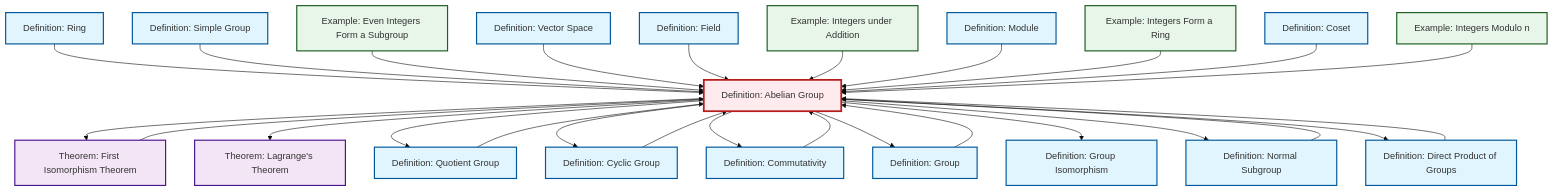
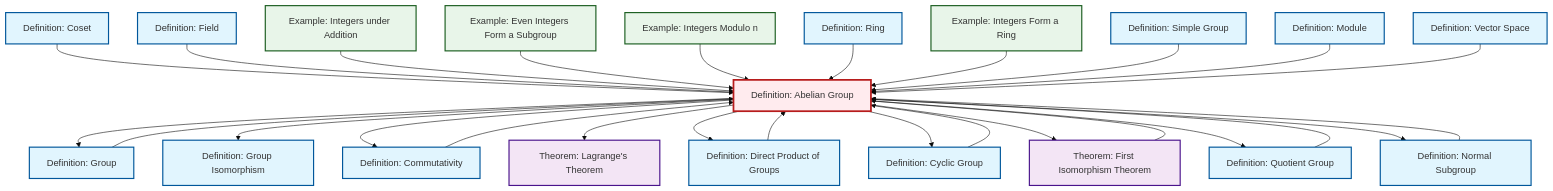
One commit to RK0429/ModernMath changed the diagram in content/ja/algebra/def-abelian-group.qmd. Above: the diagram before and after it, drawn with Mermaid (base theme). The commit also changed other lines of this file and 597 other files, not shown here.

````diff
--- a/content/ja/algebra/def-abelian-group.qmd
+++ b/content/ja/algebra/def-abelian-group.qmd
@@ -104,75 +104,75 @@
 ```{mermaid}
 %%| fig-cap: "Local dependency graph"
 graph TD
     classDef definition fill:#e1f5fe,stroke:#01579b,stroke-width:2px
     classDef theorem fill:#f3e5f5,stroke:#4a148c,stroke-width:2px
     classDef axiom fill:#fff3e0,stroke:#e65100,stroke-width:2px
     classDef example fill:#e8f5e9,stroke:#1b5e20,stroke-width:2px
     classDef current fill:#ffebee,stroke:#b71c1c,stroke-width:3px
-    def-module["Definition: Module"]:::definition
-    def-ring["Definition: Ring"]:::definition
+    ex-quotient-integers-mod-n["Example: Integers Modulo n"]:::example
+    def-normal-subgroup["Definition: Normal Subgroup"]:::definition
+    thm-first-isomorphism["Theorem: First Isomorphism Theorem"]:::theorem
+    def-direct-product["Definition: Direct Product of Groups"]:::definition
+    ex-even-integers-subgroup["Example: Even Integers Form a Subgroup"]:::example
+    def-cyclic-group["Definition: Cyclic Group"]:::definition
+    ex-integers-addition["Example: Integers under Addition"]:::example
+    def-isomorphism["Definition: Group Isomorphism"]:::definition
+    def-group["Definition: Group"]:::definition
     thm-lagrange["Theorem: Lagrange's Theorem"]:::theorem
-    def-abelian-group["Definition: Abelian Group"]:::definition
-    def-isomorphism["Definition: Group Isomorphism"]:::definition
-    def-cyclic-group["Definition: Cyclic Group"]:::definition
+    def-coset["Definition: Coset"]:::definition
     def-field["Definition: Field"]:::definition
     def-commutativity["Definition: Commutativity"]:::definition
+    def-quotient-group["Definition: Quotient Group"]:::definition
+    def-simple-group["Definition: Simple Group"]:::definition
+    def-module["Definition: Module"]:::definition
     def-vector-space["Definition: Vector Space"]:::definition
-    ex-integers-addition["Example: Integers under Addition"]:::example
-    ex-even-integers-subgroup["Example: Even Integers Form a Subgroup"]:::example
-    thm-first-isomorphism["Theorem: First Isomorphism Theorem"]:::theorem
-    def-simple-group["Definition: Simple Group"]:::definition
-    def-group["Definition: Group"]:::definition
+    def-ring["Definition: Ring"]:::definition
+    def-abelian-group["Definition: Abelian Group"]:::definition
     ex-integers-ring["Example: Integers Form a Ring"]:::example
-    def-normal-subgroup["Definition: Normal Subgroup"]:::definition
-    def-direct-product["Definition: Direct Product of Groups"]:::definition
-    def-quotient-group["Definition: Quotient Group"]:::definition
-    def-coset["Definition: Coset"]:::definition
-    ex-quotient-integers-mod-n["Example: Integers Modulo n"]:::example
-    def-ring --> def-abelian-group
-    def-abelian-group --> thm-first-isomorphism
+    def-coset --> def-abelian-group
+    def-direct-product --> def-abelian-group
+    def-abelian-group --> def-group
+    def-field --> def-abelian-group
+    ex-integers-addition --> def-abelian-group
+    ex-even-integers-subgroup --> def-abelian-group
+    def-abelian-group --> def-isomorphism
+    def-normal-subgroup --> def-abelian-group
+    def-abelian-group --> def-commutativity
     def-abelian-group --> thm-lagrange
-    def-abelian-group --> def-quotient-group
-    def-simple-group --> def-abelian-group
-    def-commutativity --> def-abelian-group
-    def-abelian-group --> def-cyclic-group
-    ex-even-integers-subgroup --> def-abelian-group
-    def-abelian-group --> def-commutativity
-    def-cyclic-group --> def-abelian-group
-    def-abelian-group --> def-group
-    def-normal-subgroup --> def-abelian-group
-    def-vector-space --> def-abelian-group
-    def-field --> def-abelian-group
-    thm-first-isomorphism --> def-abelian-group
-    ex-integers-addition --> def-abelian-group
-    def-group --> def-abelian-group
-    def-quotient-group --> def-abelian-group
-    def-abelian-group --> def-isomorphism
-    def-module --> def-abelian-group
-    ex-integers-ring --> def-abelian-group
-    def-abelian-group --> def-normal-subgroup
-    def-direct-product --> def-abelian-group
-    def-coset --> def-abelian-group
     ex-quotient-integers-mod-n --> def-abelian-group
     def-abelian-group --> def-direct-product
+    def-abelian-group --> def-cyclic-group
+    thm-first-isomorphism --> def-abelian-group
+    def-ring --> def-abelian-group
+    ex-integers-ring --> def-abelian-group
+    def-commutativity --> def-abelian-group
+    def-cyclic-group --> def-abelian-group
+    def-simple-group --> def-abelian-group
+    def-quotient-group --> def-abelian-group
+    def-abelian-group --> thm-first-isomorphism
+    def-group --> def-abelian-group
+    def-abelian-group --> def-quotient-group
+    def-module --> def-abelian-group
+    def-vector-space --> def-abelian-group
+    def-abelian-group --> def-normal-subgroup
     class def-abelian-group current
-    click def-module "def-module.html" "Definition: Moduleへ"
-    click def-ring "def-ring.html" "Definition: Ringへ"
+    click ex-quotient-integers-mod-n "ex-quotient-integers-mod-n.html" "Example: Integers Modulo nへ"
+    click def-normal-subgroup "def-normal-subgroup.html" "Definition: Normal Subgroupへ"
+    click thm-first-isomorphism "thm-first-isomorphism.html" "Theorem: First Isomorphism Theoremへ"
+    click def-direct-product "def-direct-product.html" "Definition: Direct Product of Groupsへ"
+    click ex-even-integers-subgroup "ex-even-integers-subgroup.html" "Example: Even Integers Form a Subgroupへ"
+    click def-cyclic-group "def-cyclic-group.html" "Definition: Cyclic Groupへ"
+    click ex-integers-addition "ex-integers-addition.html" "Example: Integers under Additionへ"
+    click def-isomorphism "def-isomorphism.html" "Definition: Group Isomorphismへ"
+    click def-group "def-group.html" "Definition: Groupへ"
     click thm-lagrange "thm-lagrange.html" "Theorem: Lagrange's Theoremへ"
-    click def-isomorphism "def-isomorphism.html" "Definition: Group Isomorphismへ"
-    click def-cyclic-group "def-cyclic-group.html" "Definition: Cyclic Groupへ"
+    click def-coset "def-coset.html" "Definition: Cosetへ"
     click def-field "def-field.html" "Definition: Fieldへ"
     click def-commutativity "def-commutativity.html" "Definition: Commutativityへ"
+    click def-quotient-group "def-quotient-group.html" "Definition: Quotient Groupへ"
+    click def-simple-group "def-simple-group.html" "Definition: Simple Groupへ"
+    click def-module "def-module.html" "Definition: Moduleへ"
     click def-vector-space "def-vector-space.html" "Definition: Vector Spaceへ"
-    click ex-integers-addition "ex-integers-addition.html" "Example: Integers under Additionへ"
-    click ex-even-integers-subgroup "ex-even-integers-subgroup.html" "Example: Even Integers Form a Subgroupへ"
-    click thm-first-isomorphism "thm-first-isomorphism.html" "Theorem: First Isomorphism Theoremへ"
-    click def-simple-group "def-simple-group.html" "Definition: Simple Groupへ"
-    click def-group "def-group.html" "Definition: Groupへ"
+    click def-ring "def-ring.html" "Definition: Ringへ"
     click ex-integers-ring "ex-integers-ring.html" "Example: Integers Form a Ringへ"
-    click def-normal-subgroup "def-normal-subgroup.html" "Definition: Normal Subgroupへ"
-    click def-direct-product "def-direct-product.html" "Definition: Direct Product of Groupsへ"
-    click def-quotient-group "def-quotient-group.html" "Definition: Quotient Groupへ"
-    click def-coset "def-coset.html" "Definition: Cosetへ"
-    click ex-quotient-integers-mod-n "ex-quotient-integers-mod-n.html" "Example: Integers Modulo nへ"
 ```
````
